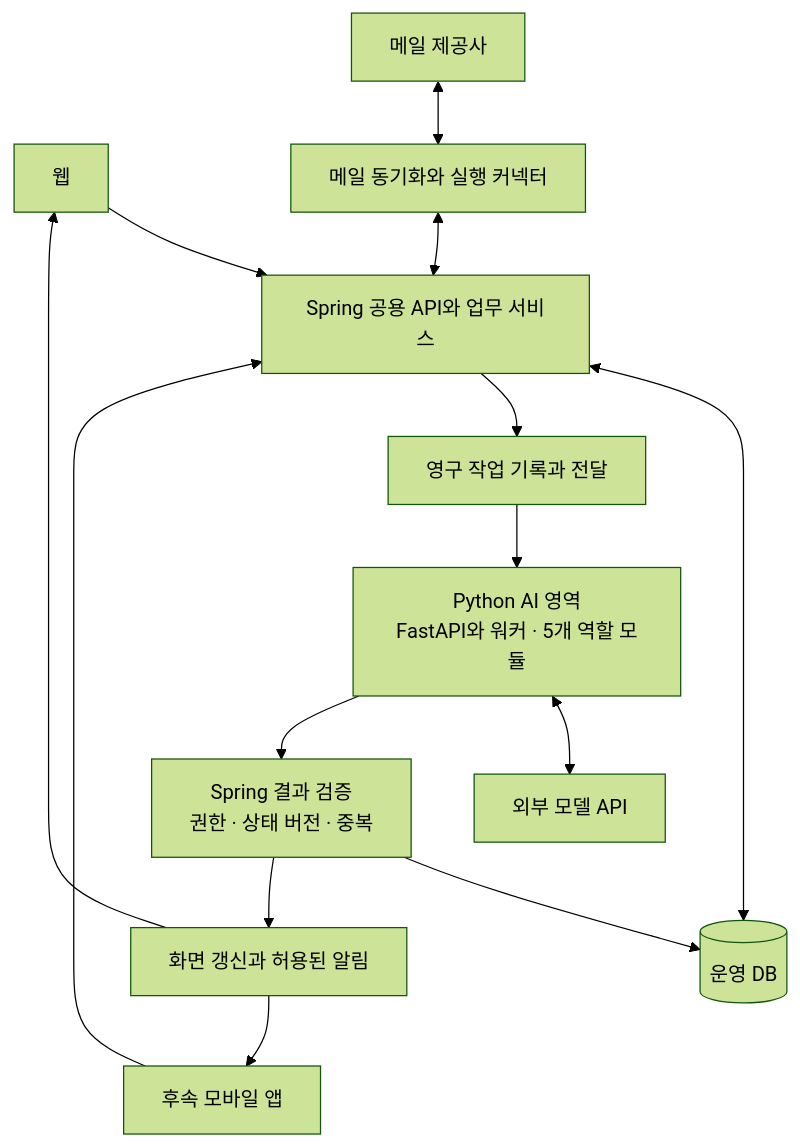
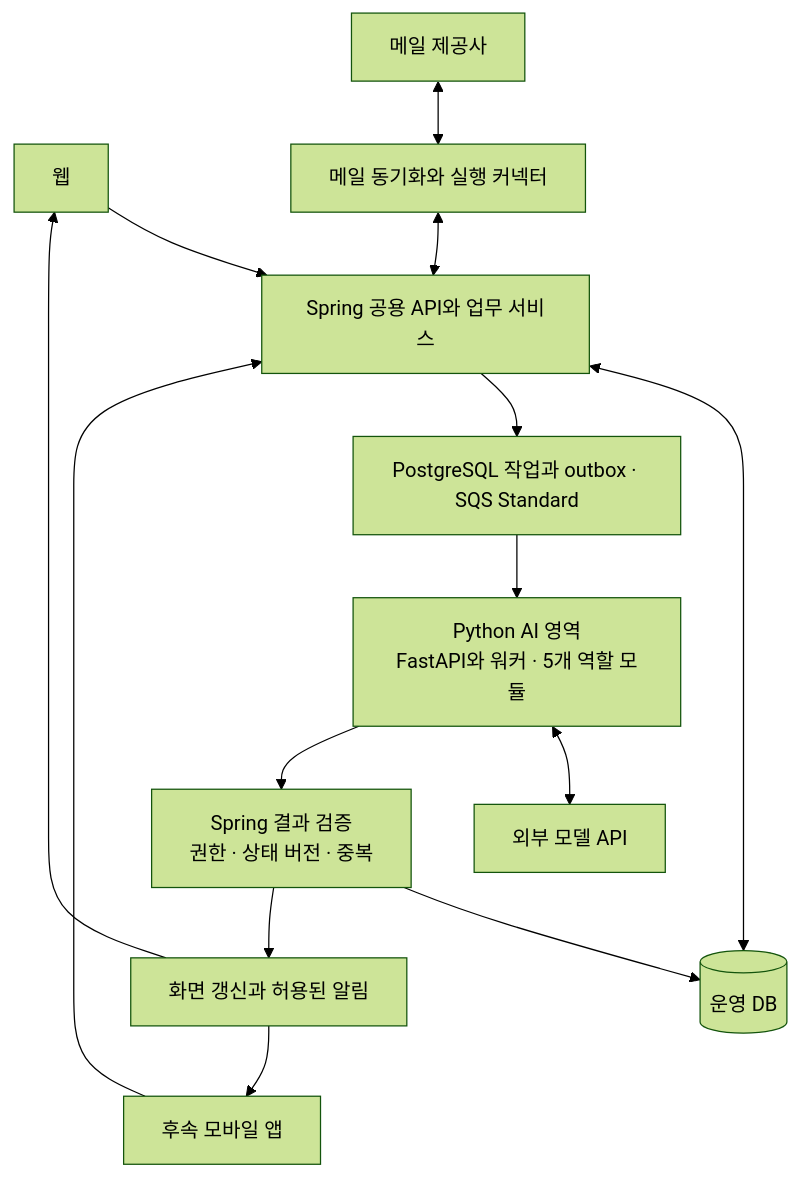
Before and after one commit to hanmogo/Uteum-Mail: the diagram in docs/06-기술-스택-선택-비교-보고서-v1.0.md, drawn with Mermaid (forest theme). The commit also changed other lines of this file and 9 other files, not shown here.

First line of the commit message:
Document architecture and operating decisions

````diff
--- a/docs/06-기술-스택-선택-비교-보고서-v1.0.md
+++ b/docs/06-기술-스택-선택-비교-보고서-v1.0.md
@@ -160,16 +179,16 @@
 ```mermaid
 flowchart TD
     WEB["웹"] --> API["Spring 공용 API와 업무 서비스"]
     APP["후속 모바일 앱"] --> API
     MAIL["메일 제공사"] <--> SYNC["메일 동기화와 실행 커넥터"]
     SYNC <--> API
     API <--> DB[("운영 DB")]
-    API --> JOB["영구 작업 기록과 전달"]
+    API --> JOB["PostgreSQL 작업과 outbox · SQS Standard"]
     JOB --> AI["Python AI 영역<br/>FastAPI와 워커 · 5개 역할 모듈"]
     AI <--> LLM["외부 모델 API"]
     AI --> RESULT["Spring 결과 검증<br/>권한 · 상태 버전 · 중복"]
     RESULT --> DB
     RESULT --> NOTICE["화면 갱신과 허용된 알림"]
     NOTICE --> WEB
     NOTICE --> APP
 ```
````
